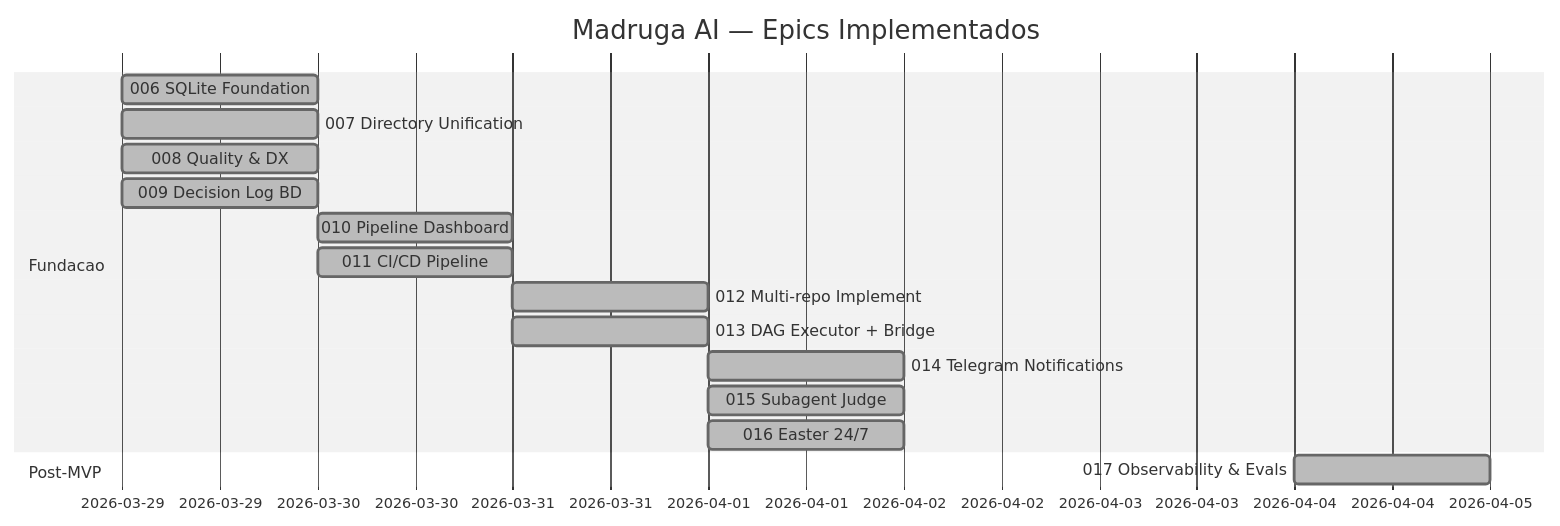
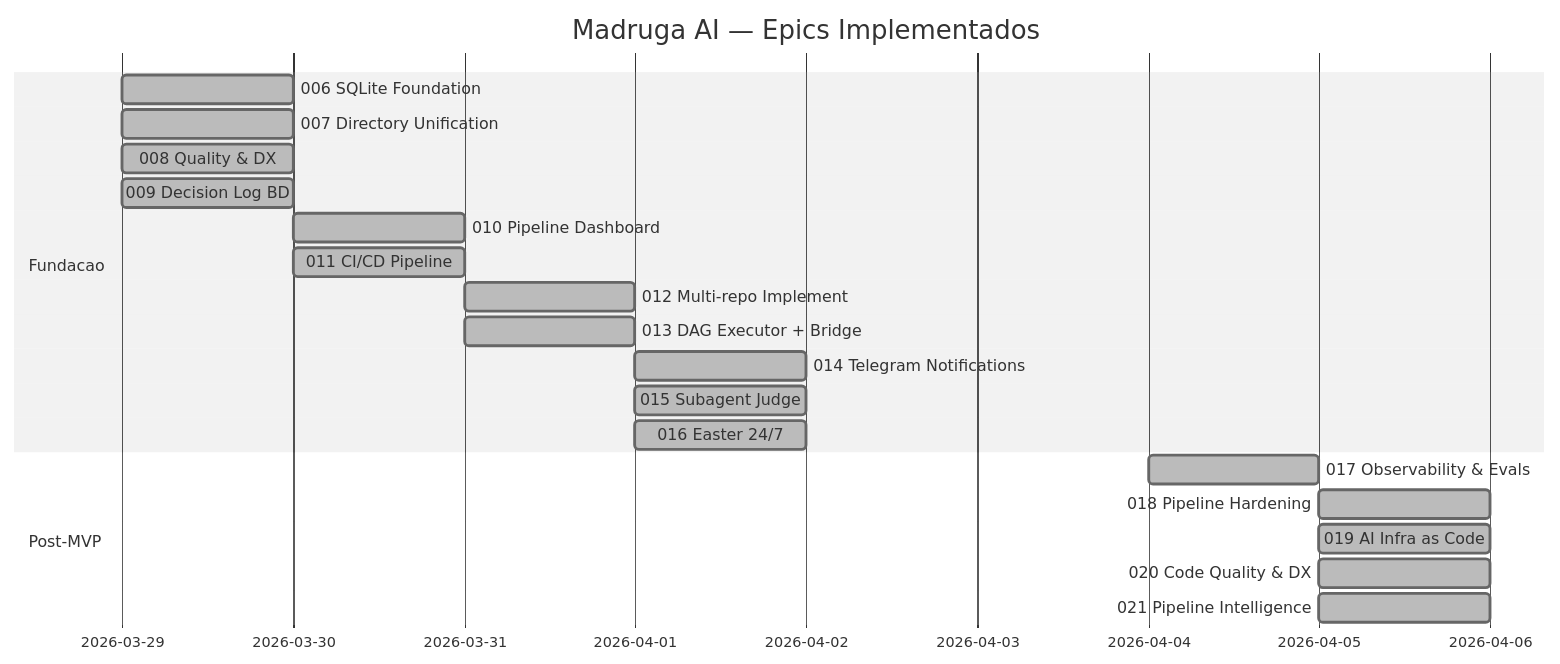
One commit to paceautomations/madruga.ai changed the first of 3 diagrams in platforms/madruga-ai/planning/roadmap.md. Above: the diagram before and after it, drawn with Mermaid (neutral theme). The commit also changed other lines of this file and 145 other files, not shown here.

First line of the commit message:
feat: epic 022 — LikeC4 → Mermaid migration

````diff
--- a/platforms/madruga-ai/planning/roadmap.md
+++ b/platforms/madruga-ai/planning/roadmap.md
@@ -33,19 +33,23 @@
 ```mermaid
 gantt
     title Madruga AI — Epics Implementados
     dateFormat YYYY-MM-DD
     section Fundacao
     006 SQLite Foundation       :done, e006, 2026-03-29, 1d
     007 Directory Unification   :done, e007, 2026-03-29, 1d
     008 Quality & DX            :done, e008, 2026-03-29, 1d
     009 Decision Log BD         :done, e009, 2026-03-29, 1d
     010 Pipeline Dashboard      :done, e010, 2026-03-30, 1d
     011 CI/CD Pipeline          :done, e011, 2026-03-30, 1d
     012 Multi-repo Implement   :done, e012, 2026-03-31, 1d
     013 DAG Executor + Bridge    :done, e013, 2026-03-31, 1d
     014 Telegram Notifications   :done, e014, 2026-04-01, 1d
     015 Subagent Judge           :done, e015, 2026-04-01, 1d
     016 Easter 24/7              :done, e016, 2026-04-01, 1d
     section Post-MVP
     017 Observability & Evals    :done, e017, 2026-04-04, 1d
+    018 Pipeline Hardening       :done, e018, 2026-04-05, 1d
+    019 AI Infra as Code         :done, e019, 2026-04-05, 1d
+    020 Code Quality & DX        :done, e020, 2026-04-05, 1d
+    021 Pipeline Intelligence    :done, e021, 2026-04-05, 1d
 ```
````
